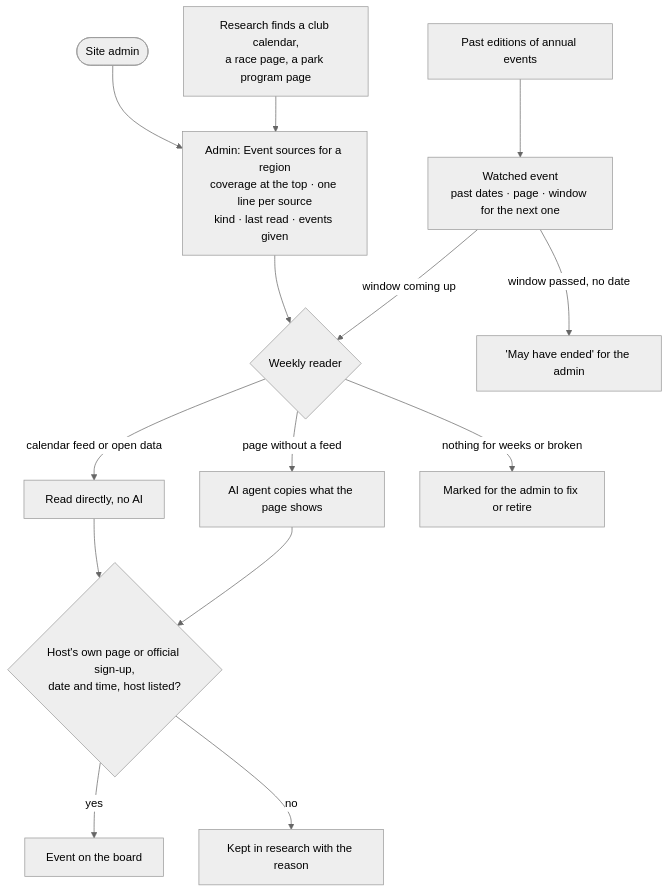
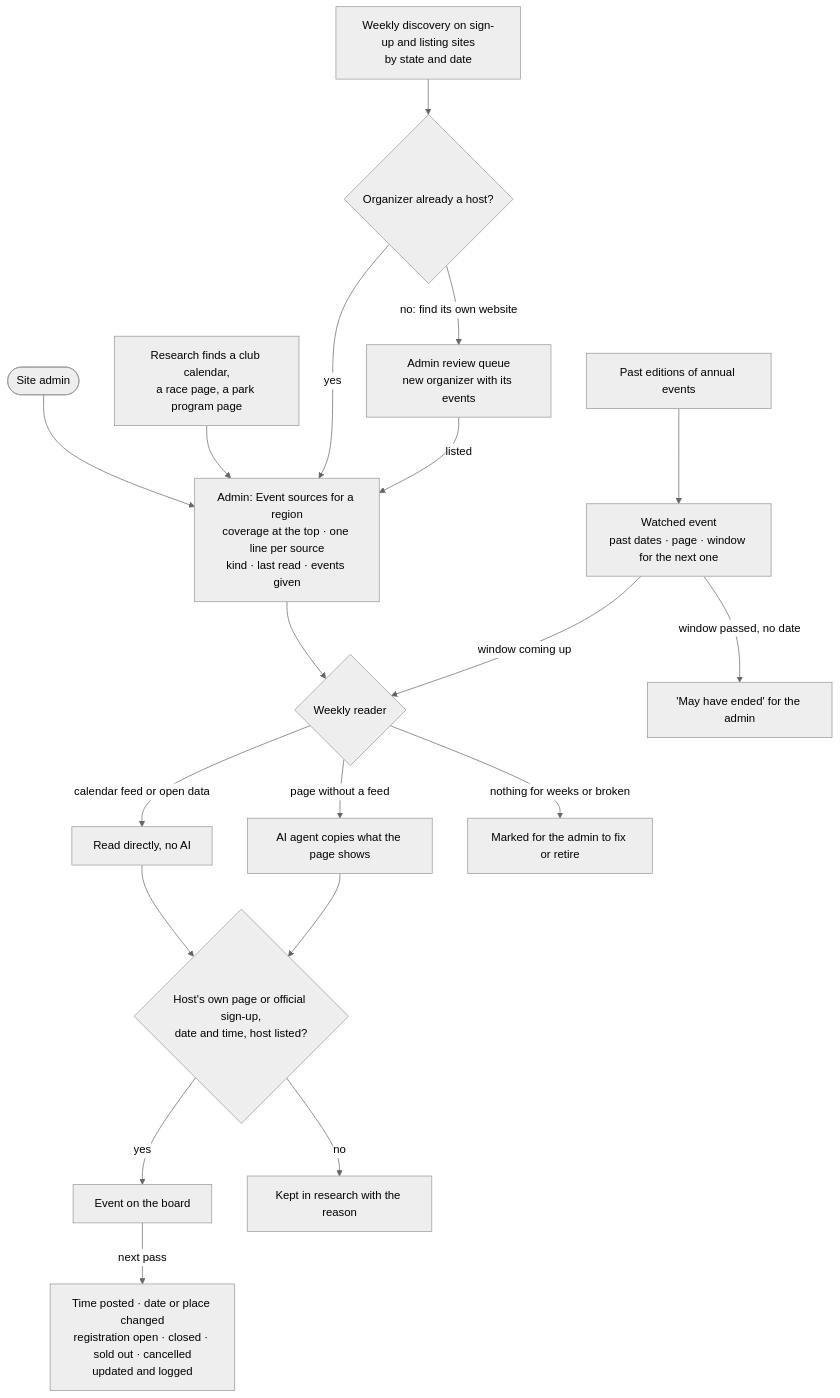
Diagram 40 of 40 in docs/user-flows.md (sarahrittertech-commits/outdoorscommunityapp), drawn with Mermaid (neutral theme) before and after one commit. The commit also changed 2 other files, not shown here.

Commit message:
UC-39: discovery on listing sites, finding organizers, keeping events current
Sarah, 12 October: a routine crawler that finds events and refreshes
sign-ups and times, and finds the organizers behind events posted on
other sites. Added to UC-39, its flow and ADR-0011. Notes that two
AI-generated event files that day were entirely invented.

````diff
--- a/docs/user-flows.md
+++ b/docs/user-flows.md
@@ -664,16 +664,21 @@
 ```mermaid
 flowchart TD
   admin(["Site admin"]) --> sources["Admin: Event sources for a region<br/>coverage at the top · one line per source<br/>kind · last read · events given"]
   research["Research finds a club calendar,<br/>a race page, a park program page"] --> sources
+  discover["Weekly discovery on sign-up and listing sites<br/>by state and date"] --> organizer{"Organizer already a host?"}
+  organizer -->|yes| sources
+  organizer -->|no: find its own website| queue["Admin review queue<br/>new organizer with its events"]
+  queue -->|listed| sources
   sources --> reader{"Weekly reader"}
   reader -->|calendar feed or open data| feed["Read directly, no AI"]
   reader -->|page without a feed| ai["AI agent copies what the page shows"]
   feed --> check{"Host's own page or official sign-up,<br/>date and time, host listed?"}
   ai --> check
   check -->|yes| board["Event on the board"]
+  board -->|next pass| changes["Time posted · date or place changed<br/>registration open · closed · sold out · cancelled<br/>updated and logged"]
   check -->|no| kept["Kept in research with the reason"]
   reader -->|nothing for weeks or broken| stale["Marked for the admin to fix or retire"]
   past["Past editions of annual events"] --> watch["Watched event<br/>past dates · page · window for the next one"]
   watch -->|window coming up| reader
   watch -->|window passed, no date| ended["'May have ended' for the admin"]
 ```
````
